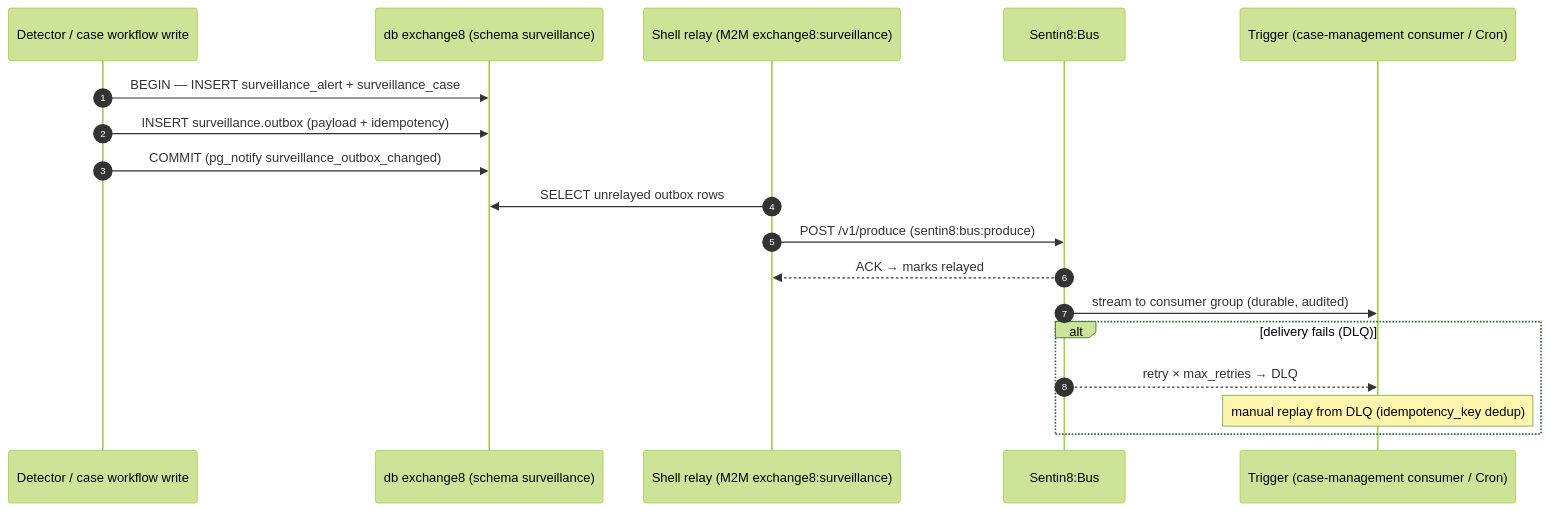
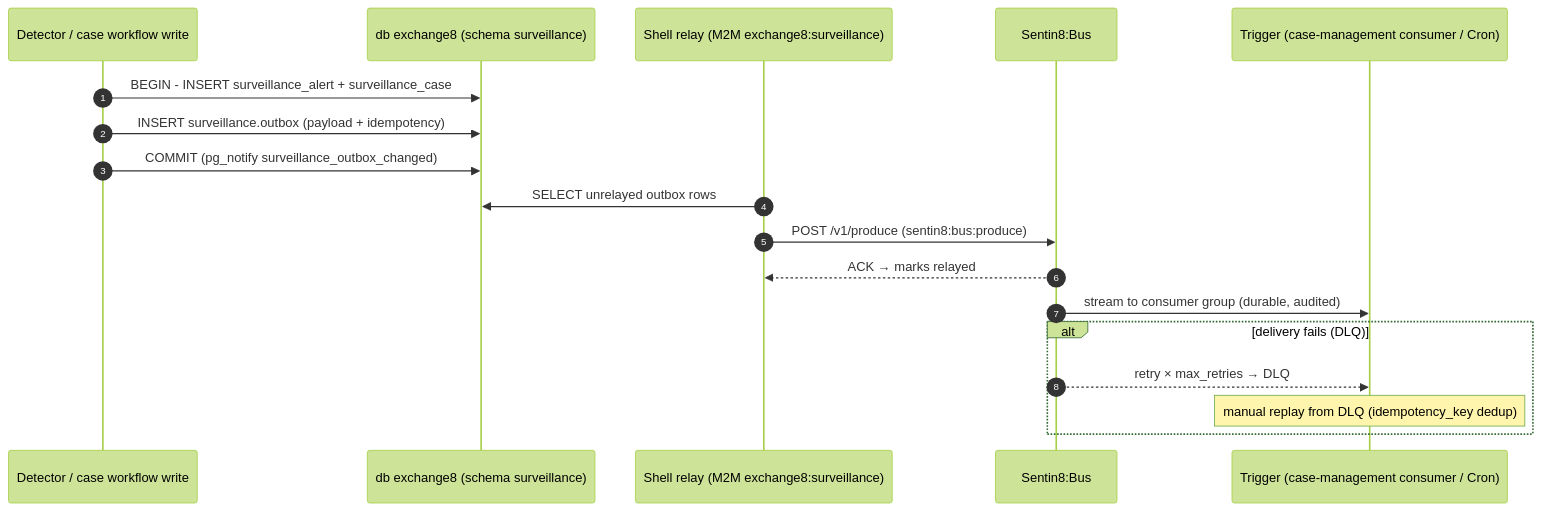
Diagram 11 of 17 in DESIGN.md (Exchange8-dev/exchange8-surveillance), drawn with Mermaid (forest theme) before and after one commit. The commit also changed other lines of this file and 16 other files, not shown here.

````diff
--- a/DESIGN.md
+++ b/DESIGN.md
@@ -345,21 +345,21 @@
 ```mermaid
 sequenceDiagram
     autonumber
     participant D as Detector / case workflow write
     participant DB as db exchange8 (schema surveillance)
     participant R as Shell relay (M2M exchange8:surveillance)
     participant B as Sentin8:Bus
     participant T as Trigger (case-management consumer / Cron)
 
-    D->>DB: BEGIN — INSERT surveillance_alert + surveillance_case
+    D->>DB: BEGIN - INSERT surveillance_alert + surveillance_case
     D->>DB: INSERT surveillance.outbox (payload + idempotency)
     D->>DB: COMMIT (pg_notify surveillance_outbox_changed)
     R->>DB: SELECT unrelayed outbox rows
     R->>B: POST /v1/produce (sentin8:bus:produce)
     B-->>R: ACK → marks relayed
     B->>T: stream to consumer group (durable, audited)
     alt delivery fails (DLQ)
         B-->>T: retry × max_retries → DLQ
         Note over T: manual replay from DLQ (idempotency_key dedup)
     end
 ```
````
